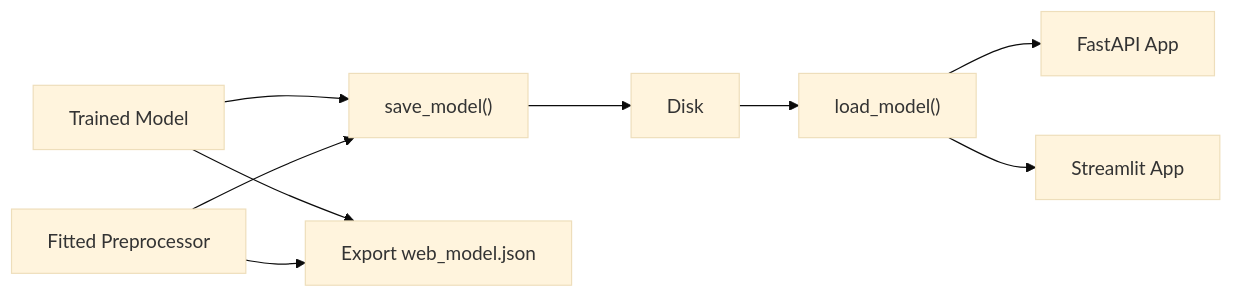
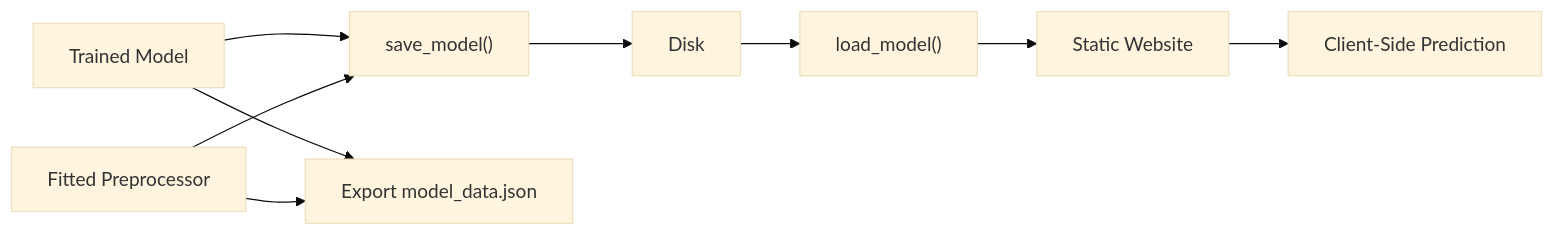
One commit to tashkirrr/housing-price-prediction changed the eighth of 10 diagrams in .qoder/repowiki/en/content/Machine Learning Pipeline/Machine Learning Pipeline.md. Above: the diagram before and after it, drawn with Mermaid (base theme). The commit also changed other lines of this file and 9 other files, not shown here.

First line of the commit message:
refactor(docs): restructure docs for static website deployment

````diff
--- a/.qoder/repowiki/en/content/Machine Learning Pipeline/Machine Learning Pipeline.md
+++ b/.qoder/repowiki/en/content/Machine Learning Pipeline/Machine Learning Pipeline.md
@@ -292,11 +314,11 @@
 ```mermaid
 graph LR
 TRAIN["Trained Model"] --> SAVE["save_model()"]
 PREP["Fitted Preprocessor"] --> SAVE
 SAVE --> FS["Disk"]
 FS --> LOAD["load_model()"]
-TRAIN --> WEB["Export web_model.json"]
+TRAIN --> WEB["Export model_data.json"]
 PREP --> WEB
-LOAD --> API["FastAPI App"]
-LOAD --> APP["Streamlit App"]
+LOAD --> STATIC["Static Website"]
+STATIC --> CLIENT["Client-Side Prediction"]
 ```
````
